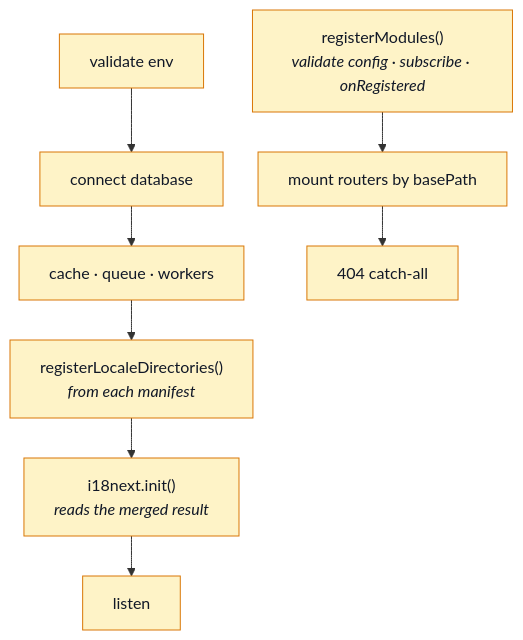
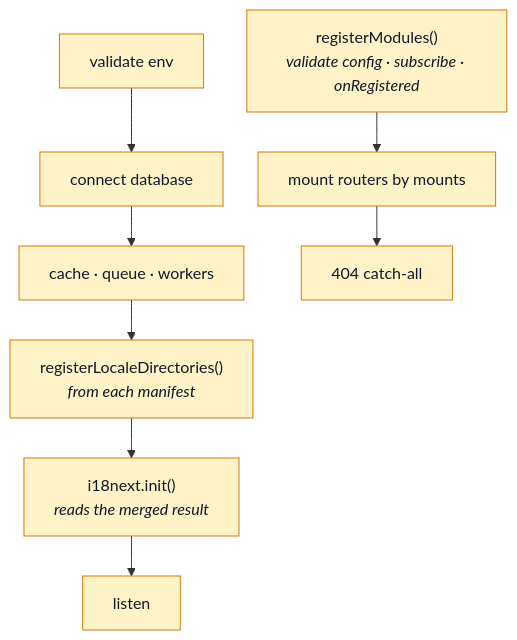
Before and after one commit to Guebbit/boilerplate-node-backend: the seventh of 7 diagrams in docs/theory/modules.md, drawn with Mermaid. The commit also changed other lines of this file and 48 other files, not shown here.

First line of the commit message:
refactor(kernel): let a module mount several routers, replacing the basePath and routes pair

````diff
--- a/docs/theory/modules.md
+++ b/docs/theory/modules.md
@@ -589,14 +590,14 @@
 ```mermaid
 %%{init: {'flowchart': {'nodeSpacing': 35, 'rankSpacing': 40}}}%%
 flowchart TD
     E["validate env"] --> DB["connect database"]
     DB --> CQ["cache · queue · workers"]
     CQ --> L["registerLocaleDirectories&lpar;&rpar;<br/><i>from each manifest</i>"]
     L --> I["i18next.init&lpar;&rpar;<br/><i>reads the merged result</i>"]
     I --> S["listen"]
-    RM["registerModules&lpar;&rpar;<br/><i>validate config · subscribe · onRegistered</i>"] --> MNT["mount routers by basePath"]
+    RM["registerModules&lpar;&rpar;<br/><i>validate config · subscribe · onRegistered</i>"] --> MNT["mount routers by mounts"]
     MNT --> H404["404 catch-all"]
 
     classDef boot fill:#fef3c7,stroke:#d97706,color:#111827;
     class E,DB,CQ,L,I,S,RM,MNT,H404 boot;
 ```
````
